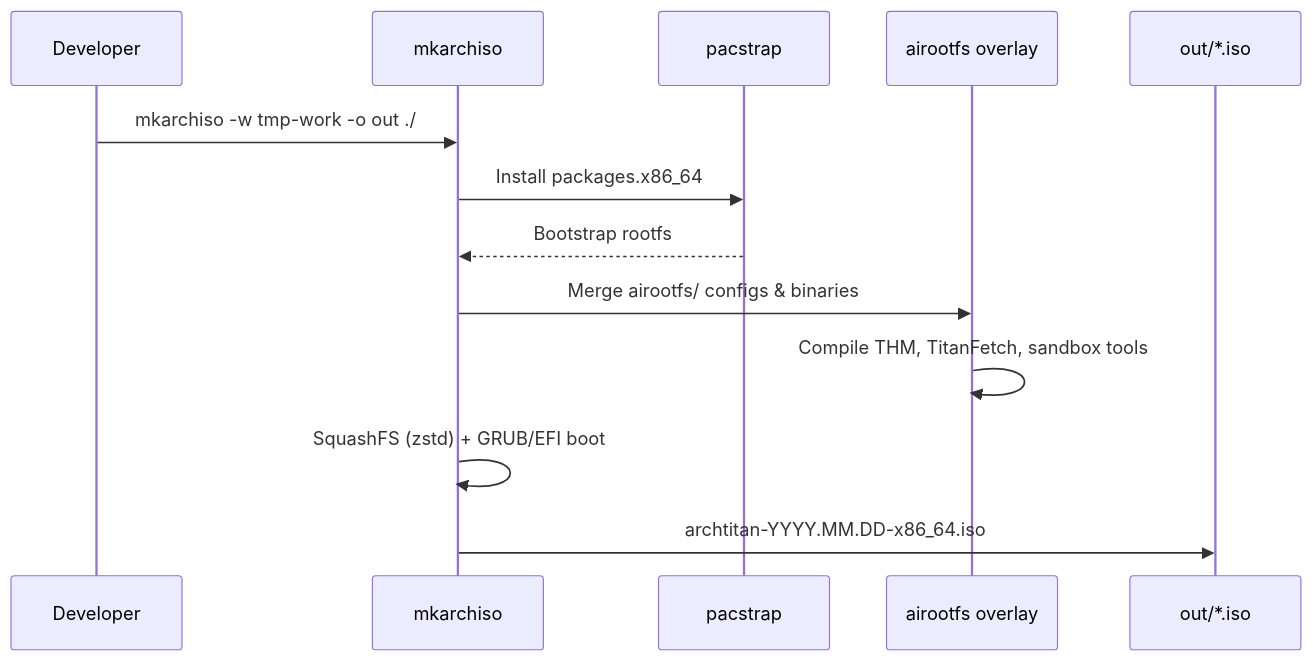
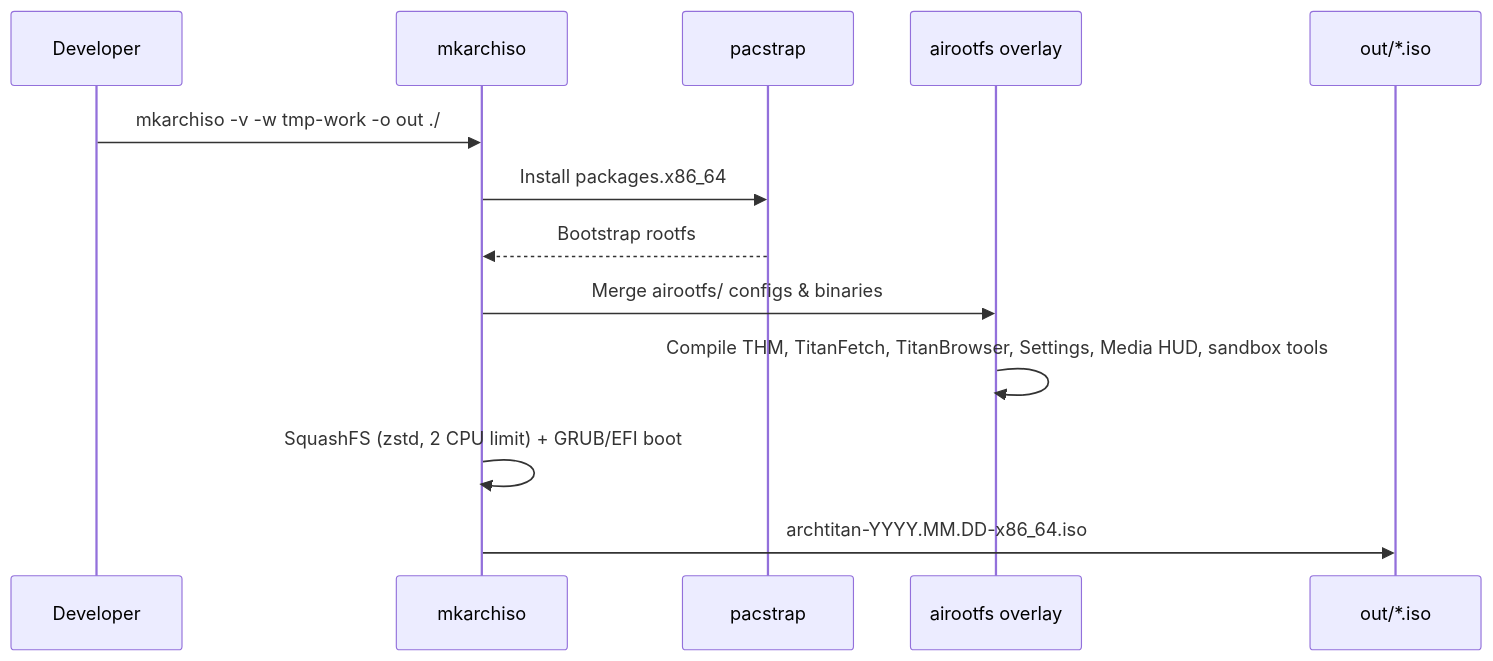
Before and after one commit to GitGuru29/archtitan-os: the second of 4 diagrams in wiki/Architecture.md, drawn with Mermaid. The commit also changed other lines of this file and 13 other files, not shown here.

Commit message:
docs(wiki): update wiki documentation with latest components and architectural details

````diff
--- a/wiki/Architecture.md
+++ b/wiki/Architecture.md
@@ -55,16 +58,16 @@
 ```mermaid
 sequenceDiagram
     participant Dev as Developer
     participant MK as mkarchiso
     participant PS as pacstrap
     participant AI as airootfs overlay
     participant OUT as out/*.iso
 
-    Dev->>MK: mkarchiso -w tmp-work -o out ./
+    Dev->>MK: mkarchiso -v -w tmp-work -o out ./
     MK->>PS: Install packages.x86_64
     PS-->>MK: Bootstrap rootfs
     MK->>AI: Merge airootfs/ configs & binaries
-    AI->>AI: Compile THM, TitanFetch, sandbox tools
-    MK->>MK: SquashFS (zstd) + GRUB/EFI boot
+    AI->>AI: Compile THM, TitanFetch, TitanBrowser, Settings, Media HUD, sandbox tools
+    MK->>MK: SquashFS (zstd, 2 CPU limit) + GRUB/EFI boot
     MK->>OUT: archtitan-YYYY.MM.DD-x86_64.iso
 ```
````
